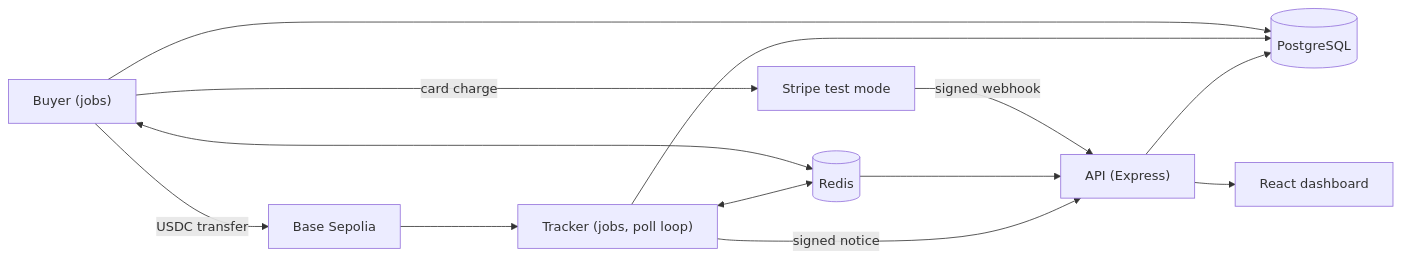
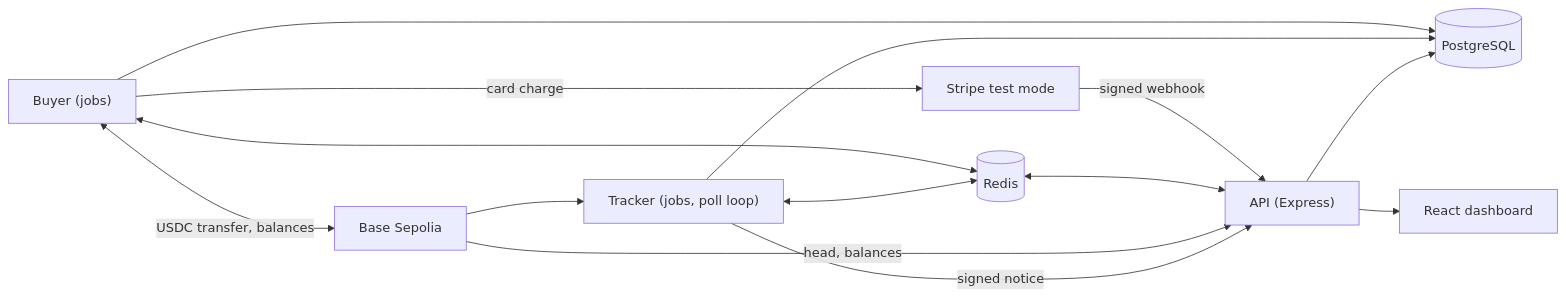
Before and after one commit to batihandev/payment-pipeline-demo: the diagram in README.md, drawn with Mermaid. The commit also changed other lines of this file and 5 other files, not shown here.

````diff
--- a/README.md
+++ b/README.md
@@ -9,15 +25,16 @@
 ```mermaid
 flowchart LR
-  Buyer["Buyer (jobs)"] -- USDC transfer --> Chain[Base Sepolia]
+  Buyer["Buyer (jobs)"] <-->|"USDC transfer, balances"| Chain[Base Sepolia]
   Buyer -- card charge --> Stripe[Stripe test mode]
   Chain --> Tracker["Tracker (jobs, poll loop)"]
   Stripe -- signed webhook --> API
   Buyer --> DB[(PostgreSQL)]
   Tracker --> DB
   Buyer <--> Redis[(Redis)]
   Tracker <--> Redis
-  Redis --> API["API (Express)"]
+  Redis <--> API["API (Express)"]
+  Chain -->|"head, balances"| API
   Tracker -- signed notice --> API
   API --> DB
   API --> Web[React dashboard]
 ```
````
